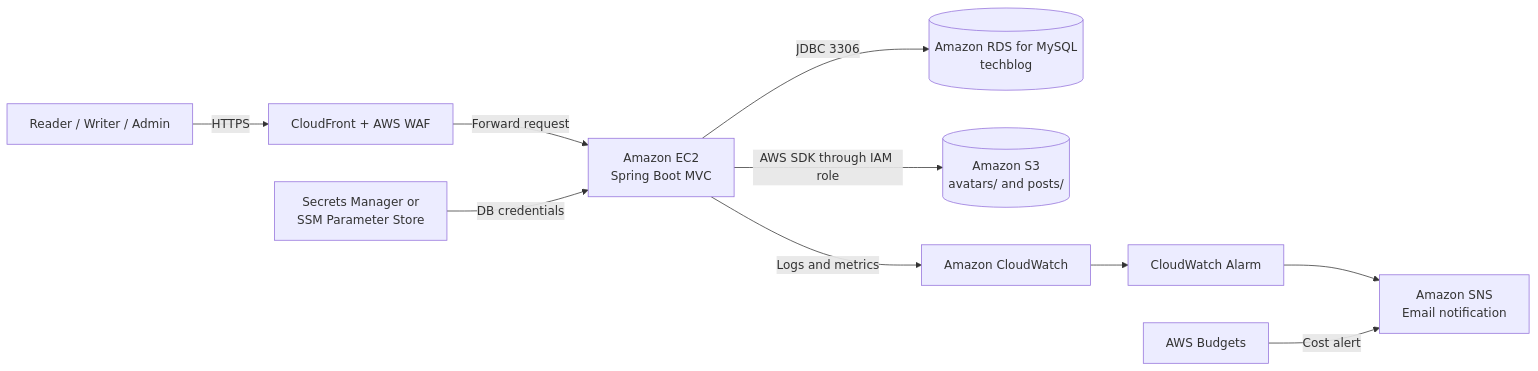
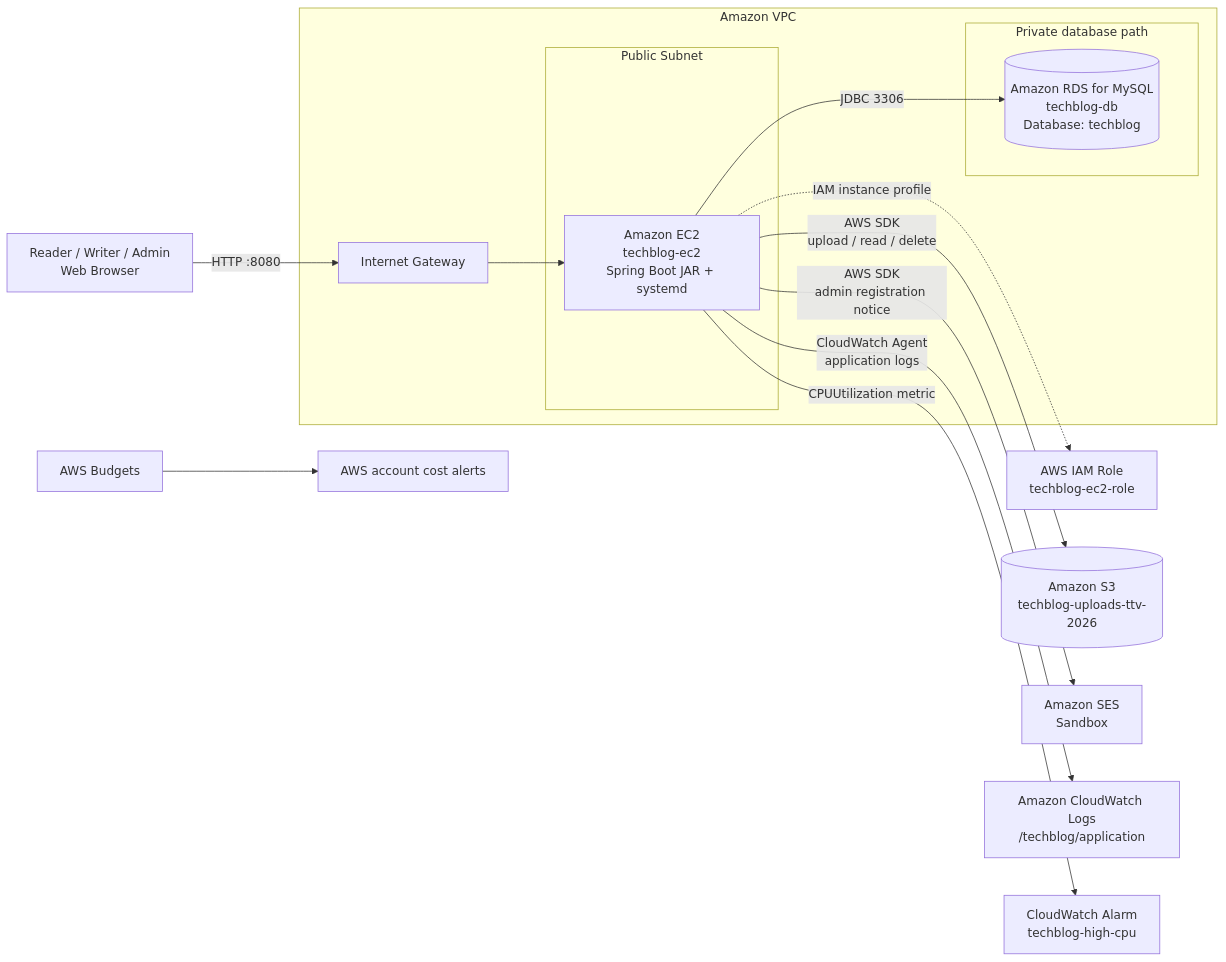
The diagram in content/2-Proposal/_index.md (idky16/techblog-workshop-report), drawn with Mermaid before and after one commit. The commit also changed other lines of this file and 80 other files, not shown here.

````diff
--- a/content/2-Proposal/_index.md
+++ b/content/2-Proposal/_index.md
@@ -42,12 +68,20 @@
-```mermaid
+{{< mermaid align="center" >}}
 flowchart LR
-    U[Reader / Writer / Admin] -->|HTTPS| F[CloudFront + AWS WAF]
-    F -->|Forward request| E[Amazon EC2<br/>Spring Boot MVC]
-    E -->|JDBC 3306| R[(Amazon RDS for MySQL<br/>techblog)]
-    E -->|AWS SDK through IAM role| S[(Amazon S3<br/>avatars/ and posts/)]
-    P[Secrets Manager or<br/>SSM Parameter Store] -->|DB credentials| E
-    E -->|Logs and metrics| C[Amazon CloudWatch]
-    C --> A[CloudWatch Alarm]
-    A --> N[Amazon SNS<br/>Email notification]
-    B[AWS Budgets] -->|Cost alert| N
-```
+    U[Reader / Writer / Admin<br/>Web Browser] -->|HTTP :8080| G[Internet Gateway]
+    subgraph VPC[Amazon VPC]
+        subgraph PUB[Public Subnet]
+            E[Amazon EC2<br/>techblog-ec2<br/>Spring Boot JAR + systemd]
+        end
+        subgraph DATA[Private database path]
+            R[(Amazon RDS for MySQL<br/>techblog-db<br/>Database: techblog)]
+        end
+        G --> E
+        E -->|JDBC 3306| R
+    end
+    E -. IAM instance profile .-> I[AWS IAM Role<br/>techblog-ec2-role]
+    E -->|AWS SDK<br/>upload / read / delete| S[(Amazon S3<br/>techblog-uploads-ttv-2026)]
+    E -->|AWS SDK<br/>admin registration notice| M[Amazon SES<br/>Sandbox]
+    E -->|CloudWatch Agent<br/>application logs| C[Amazon CloudWatch Logs<br/>/techblog/application]
+    E -->|CPUUtilization metric| A[CloudWatch Alarm<br/>techblog-high-cpu]
+    B[AWS Budgets] --> O[AWS account cost alerts]
+{{< /mermaid >}}
````
